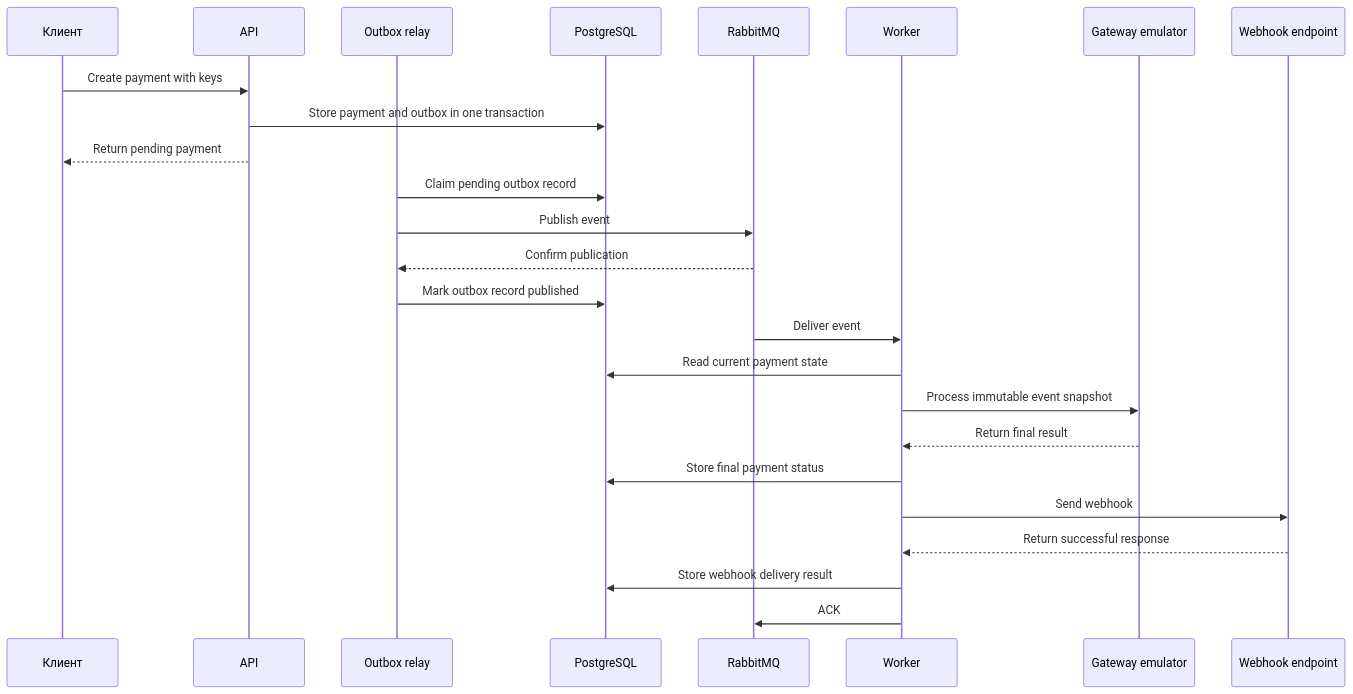
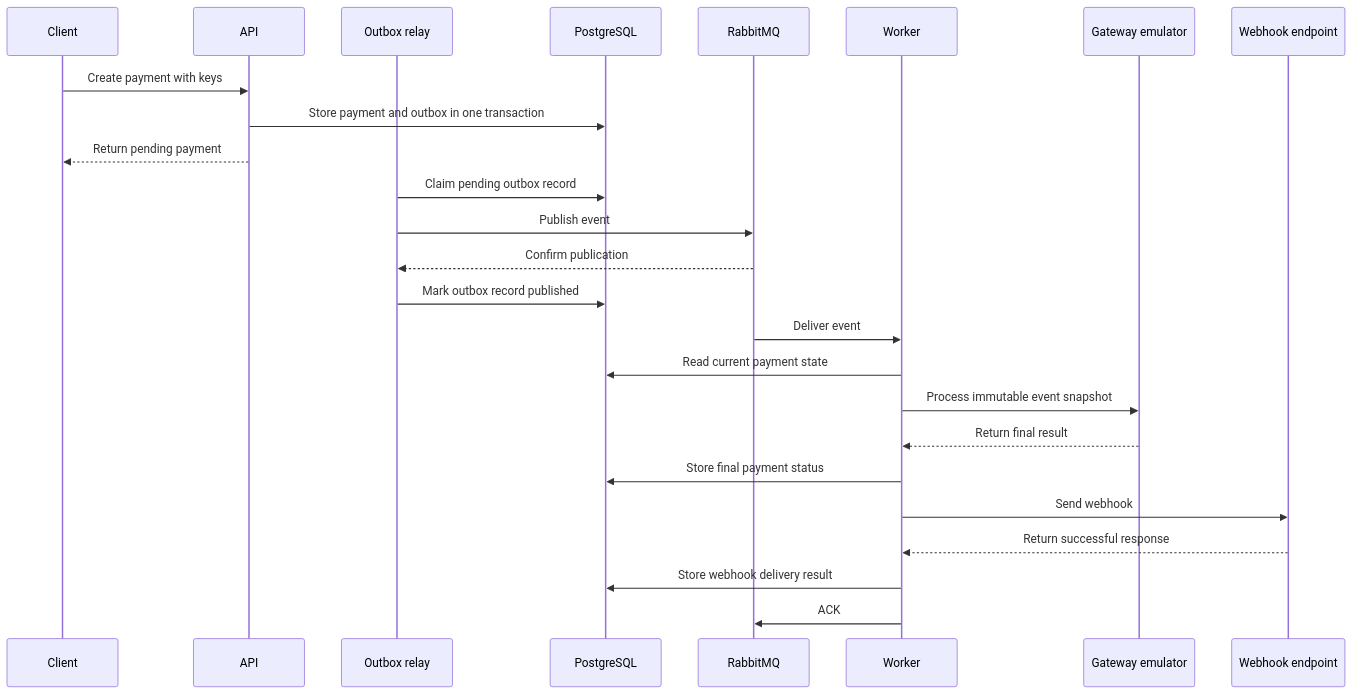
One commit to HappyCthulhu/async-payment-processor changed the second of 3 diagrams in docs/architecture.md. Above: the diagram before and after it, drawn with Mermaid. The commit also changed other lines of this file and 10 other files, not shown here.

````diff
--- a/docs/architecture.md
+++ b/docs/architecture.md
@@ -54,28 +55,28 @@
 ```mermaid
 sequenceDiagram
-    participant C as Клиент
+    participant C as Client
     participant A as API
     participant L as Outbox relay
     participant P as PostgreSQL
     participant R as RabbitMQ
     participant W as Worker
     participant G as Gateway emulator
     participant H as Webhook endpoint
 
     C->>A: Create payment with keys
     A->>P: Store payment and outbox in one transaction
     A-->>C: Return pending payment
     L->>P: Claim pending outbox record
     L->>R: Publish event
     R-->>L: Confirm publication
     L->>P: Mark outbox record published
     R->>W: Deliver event
     W->>P: Read current payment state
     W->>G: Process immutable event snapshot
     G-->>W: Return final result
     W->>P: Store final payment status
     W->>H: Send webhook
     H-->>W: Return successful response
     W->>P: Store webhook delivery result
     W->>R: ACK
 ```
````
